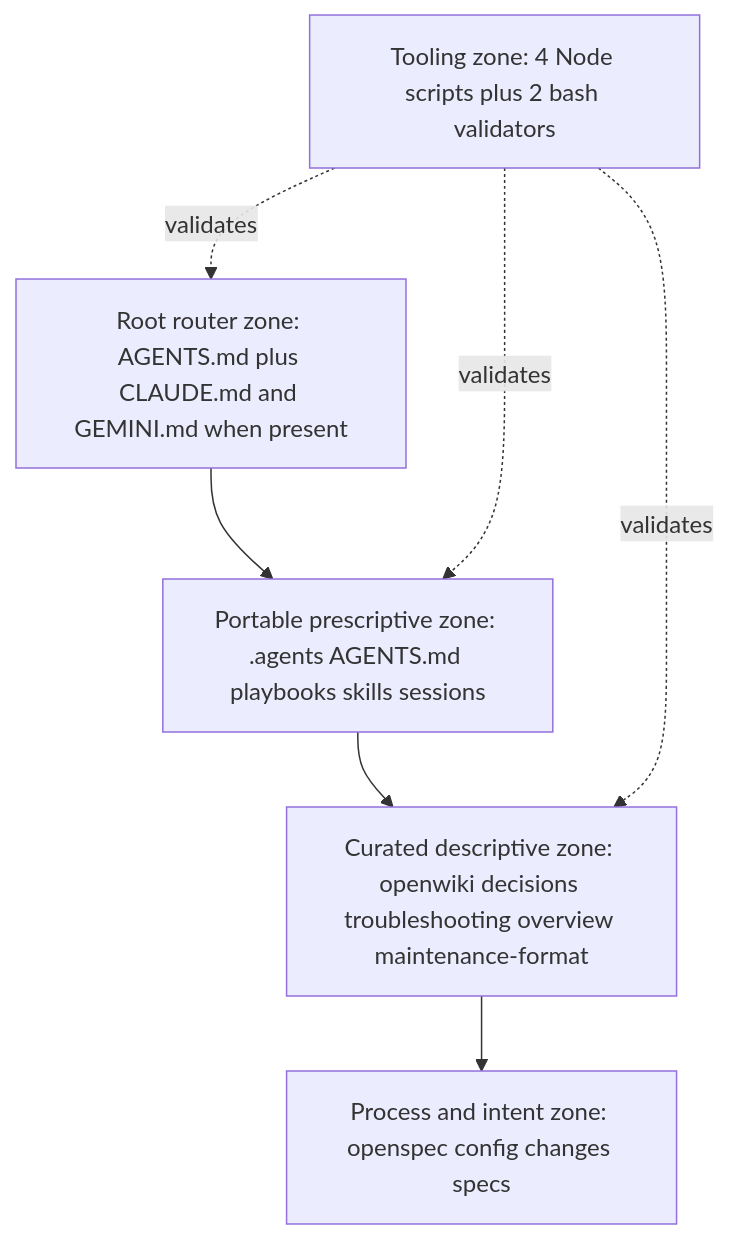
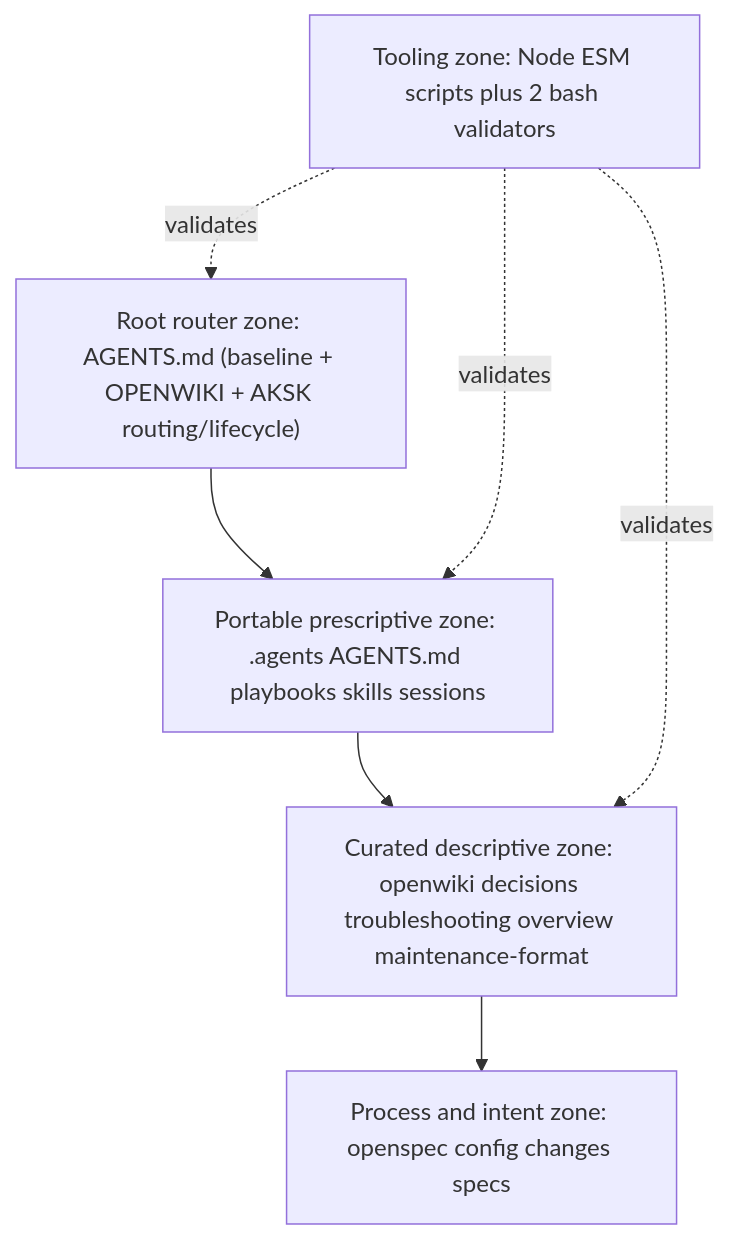
Before and after one commit to Hypercubed/Agent-Knowledge-Starter-Kit: the first of 2 diagrams in openwiki/architecture/overview.md, drawn with Mermaid. The commit also changed other lines of this file and 175 other files, not shown here.

````diff
--- a/openwiki/architecture/overview.md
+++ b/openwiki/architecture/overview.md
@@ -70,13 +98,13 @@
 ```mermaid
 flowchart TB
-  Root["Root router zone: AGENTS.md plus CLAUDE.md and GEMINI.md when present"]
+  Root["Root router zone: AGENTS.md (baseline + OPENWIKI + AKSK routing/lifecycle)"]
   Portable["Portable prescriptive zone: .agents AGENTS.md playbooks skills sessions"]
   Curated["Curated descriptive zone: openwiki decisions troubleshooting overview maintenance-format"]
   Process["Process and intent zone: openspec config changes specs"]
   Root --> Portable
   Portable --> Curated
   Curated --> Process
-  Tooling["Tooling zone: 4 Node scripts plus 2 bash validators"] -. validates .-> Root
+  Tooling["Tooling zone: Node ESM scripts plus 2 bash validators"] -. validates .-> Root
   Tooling -. validates .-> Portable
   Tooling -. validates .-> Curated
 ```
````
